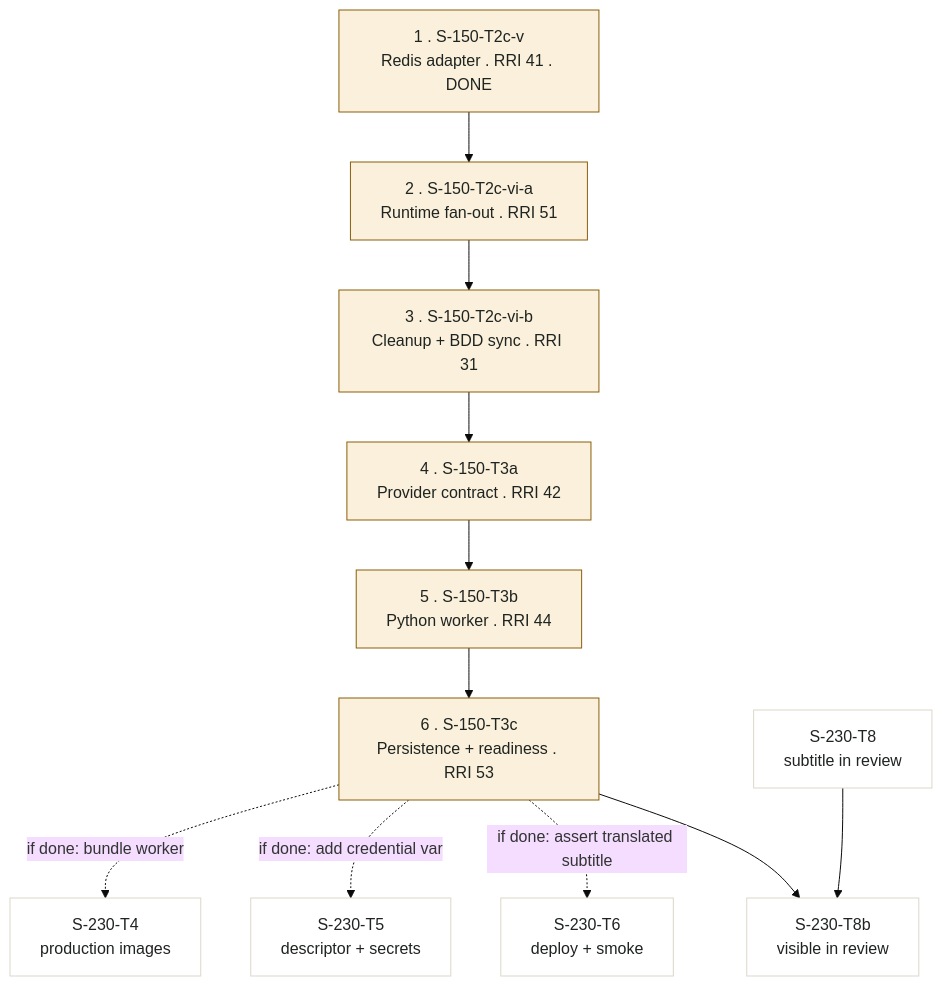
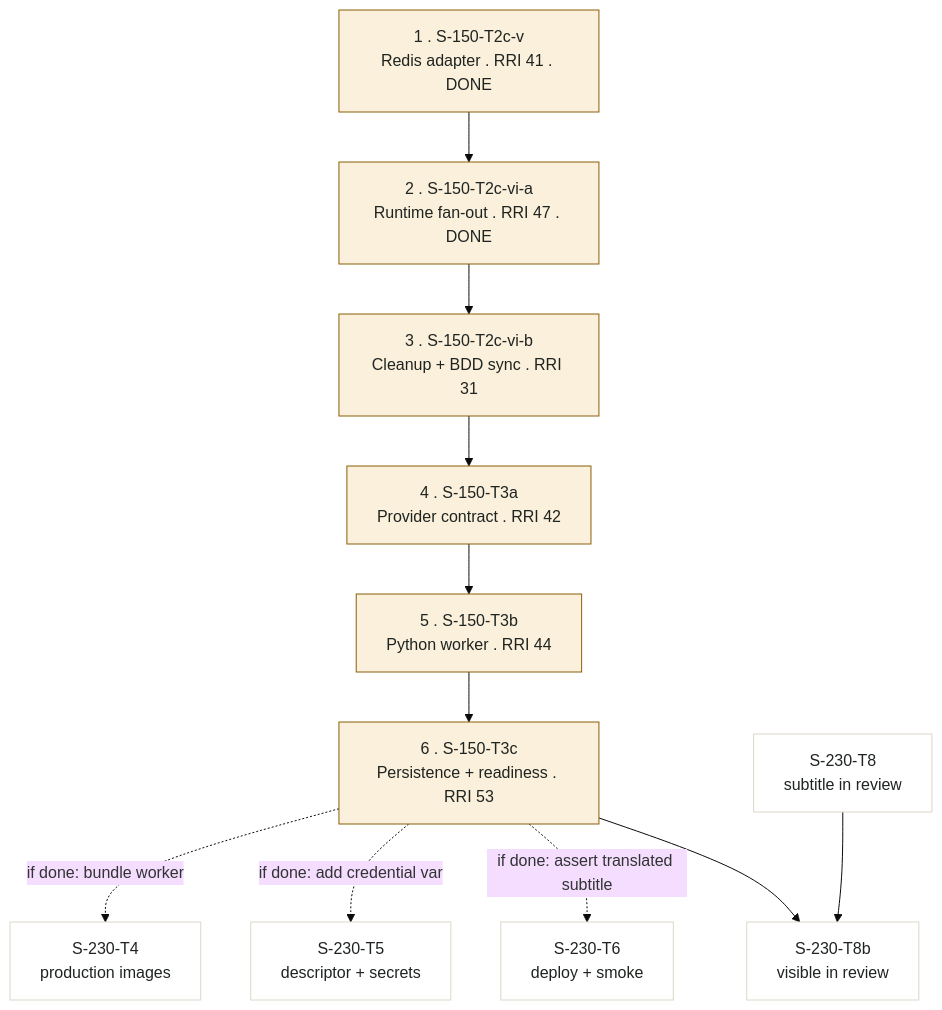
Before and after one commit to krukmat/dubbridge: the diagram in docs/tasks/s-230-poc-v1-digitalocean.md, drawn with Mermaid (base theme). The commit also changed other lines of this file and 16 other files, not shown here.

First line of the commit message:
feat(s-150): integrate localization fan-out into subtitle runtime (T2c-vi-a)

````diff
--- a/docs/tasks/s-230-poc-v1-digitalocean.md
+++ b/docs/tasks/s-230-poc-v1-digitalocean.md
@@ -1312,19 +1314,19 @@
 ```mermaid
 flowchart TD
-    T2CV["1 . S-150-T2c-v<br/>Redis adapter . RRI 41 . DONE"] --> T2CVIA["2 . S-150-T2c-vi-a<br/>Runtime fan-out . RRI 51"]
+    T2CV["1 . S-150-T2c-v<br/>Redis adapter . RRI 41 . DONE"] --> T2CVIA["2 . S-150-T2c-vi-a<br/>Runtime fan-out . RRI 47 . DONE"]
     T2CVIA --> T2CVIB["3 . S-150-T2c-vi-b<br/>Cleanup + BDD sync . RRI 31"]
     T2CVIB --> T3A["4 . S-150-T3a<br/>Provider contract . RRI 42"]
     T3A --> T3Bc["5 . S-150-T3b<br/>Python worker . RRI 44"]
     T3Bc --> T3C["6 . S-150-T3c<br/>Persistence + readiness . RRI 53"]
 
     T3C -. "if done: bundle worker" .-> T4["S-230-T4<br/>production images"]
     T3C -. "if done: add credential var" .-> T5["S-230-T5<br/>descriptor + secrets"]
     T3C -. "if done: assert translated subtitle" .-> T6["S-230-T6<br/>deploy + smoke"]
     T3C --> T8b["S-230-T8b<br/>visible in review"]
     T8["S-230-T8<br/>subtitle in review"] --> T8b
 
     classDef child fill:#faf0dc,stroke:#8a5f0b,color:#1f2420;
     classDef ext fill:#ffffff,stroke:#ddd7c9,color:#1f2420;
     class T2CV,T2CVIA,T2CVIB,T3A,T3Bc,T3C child;
     class T4,T5,T6,T8,T8b ext;
 ```
````
